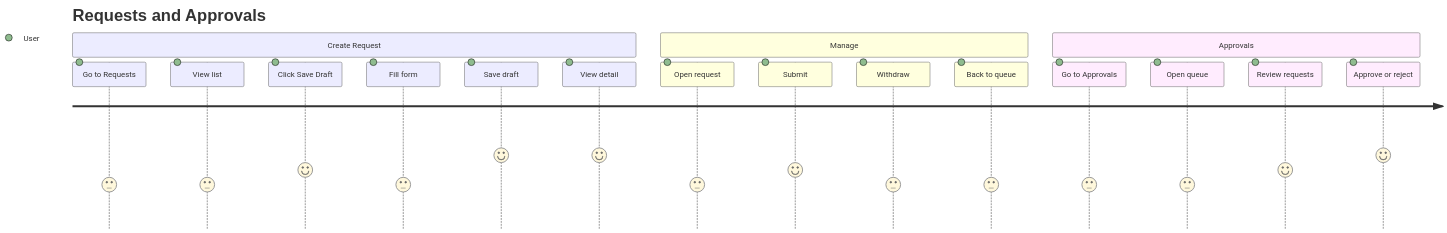
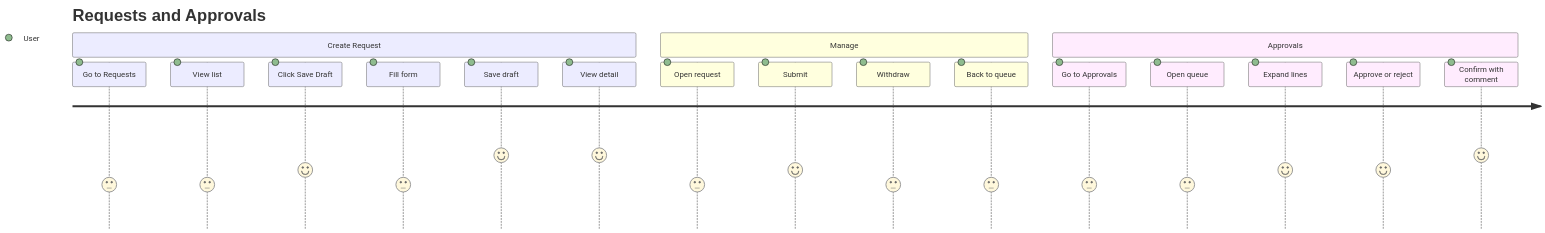
One commit to YasserHosny/ProcurePilot changed diagram 11 of 12 in docs/user/user-flows.md. Above: the diagram before and after it, drawn with Mermaid. The commit also changed other lines of this file and 15 other files, not shown here.

````diff
--- a/docs/user/user-flows.md
+++ b/docs/user/user-flows.md
@@ -241,21 +247,22 @@
 ```mermaid
 journey
     title Requests and Approvals
     section Create Request
         Go to Requests: 3: User
         View list: 3: User
         Click Save Draft: 4: User
         Fill form: 3: User
         Save draft: 5: User
         View detail: 5: User
     section Manage
         Open request: 3: User
         Submit: 4: User
         Withdraw: 3: User
         Back to queue: 3: User
     section Approvals
         Go to Approvals: 3: User
         Open queue: 3: User
-        Review requests: 4: User
-        Approve or reject: 5: User
+        Expand lines: 4: User
+        Approve or reject: 4: User
+        Confirm with comment: 5: User
 ```
````
